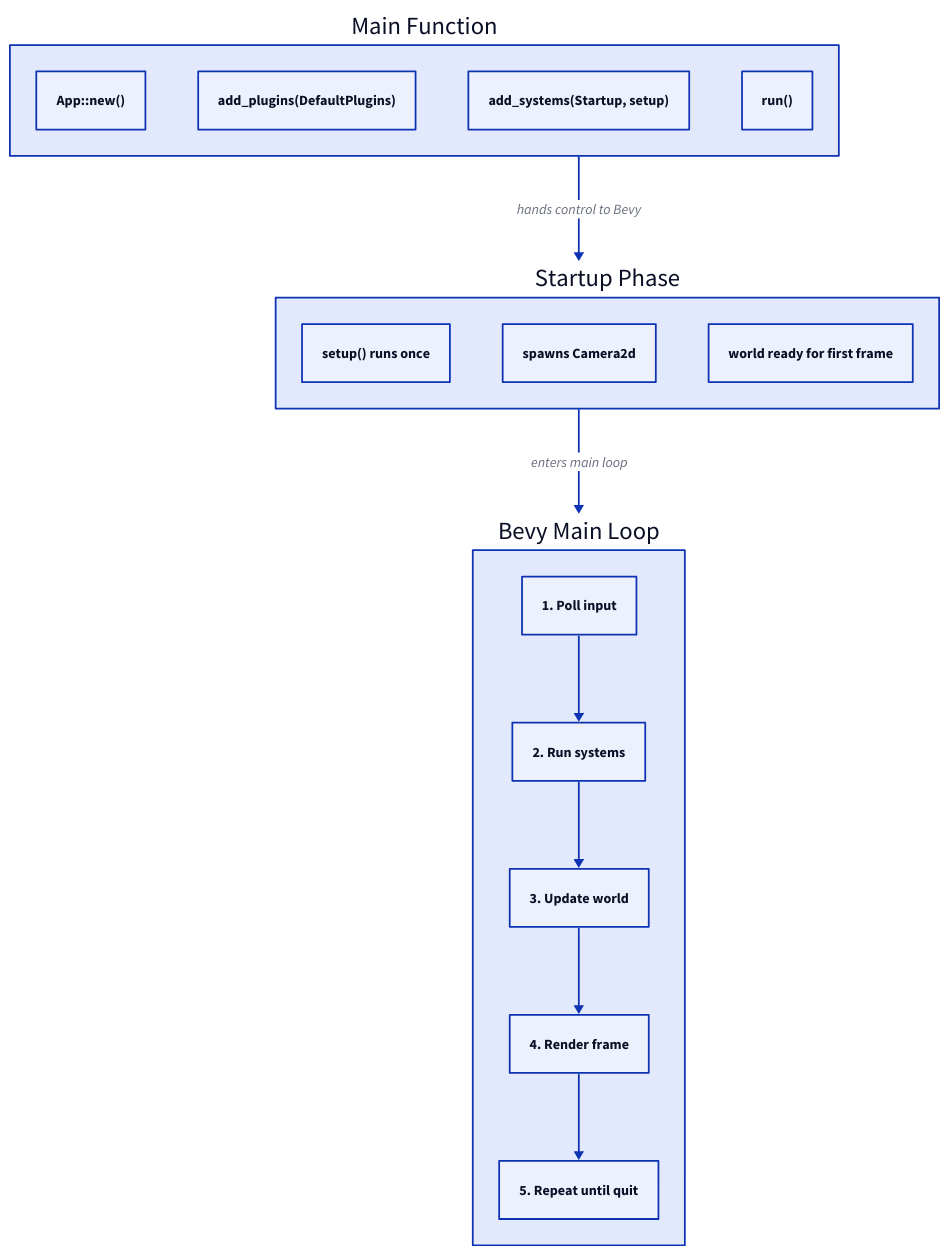
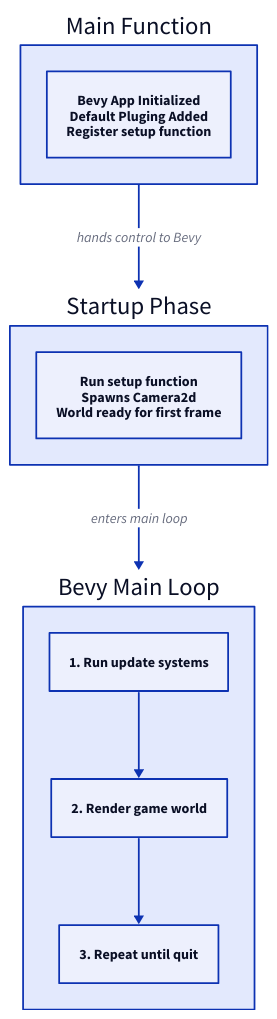
Before and after one commit to jamesfebin/AIBodh-Website: the fourth of 7 diagrams in _posts/2025-09-16-bevy-rust-game-development-chapter-1.markdown, drawn with D2. The commit also changed other lines of this file and 8 other files, not shown here.

````diff
--- a/_posts/2025-09-16-bevy-rust-game-development-chapter-1.markdown
+++ b/_posts/2025-09-16-bevy-rust-game-development-chapter-1.markdown
@@ -302,47 +287,42 @@
 ```d2
 # Overall layout
 direction: down
 
 # -------- main function --------
 main_fn: "Main Function" {
   # lay children left->right inside this container
   direction: right
 
-  app_new: "App::new()"
-  add_plugins: "add_plugins(DefaultPlugins)"
-  add_systems: "add_systems(Startup, setup)"
-  run: "run()"
+  app_new: "Bevy App Initialized\nDefault Pluging Added\nRegister setup function"
+  
 }
 
 # connector note
 main_fn -> startup: "hands control to Bevy"
 
 # -------- startup phase --------
 startup: "Startup Phase" {
   direction: right
-  setup_once: "setup() runs once"
-  camera2d: "spawns Camera2d"
-  first_frame: "world ready for first frame"
+  setup_once: "Run setup function\nSpawns Camera2d\nWorld ready for first frame"
+
 }
 
 startup -> mainloop: "enters main loop"
 
 # -------- bevy main loop --------
 mainloop: "Bevy Main Loop" {
   direction: down
 
-  s1: "1. Poll input"
-  s2: "2. Run systems"
-  s3: "3. Update world"
-  s4: "4. Render frame"
-  s5: "5. Repeat until quit"
+  s1: "1. Run update systems"
+  s2: "2. Render game world"
+  s3: "3. Repeat until quit"
 
   # straight vertical flow
   s1 -> s2
   s2 -> s3
-  s3 -> s4
-  s4 -> s5
+
+
 
 }
 
 ```
````
